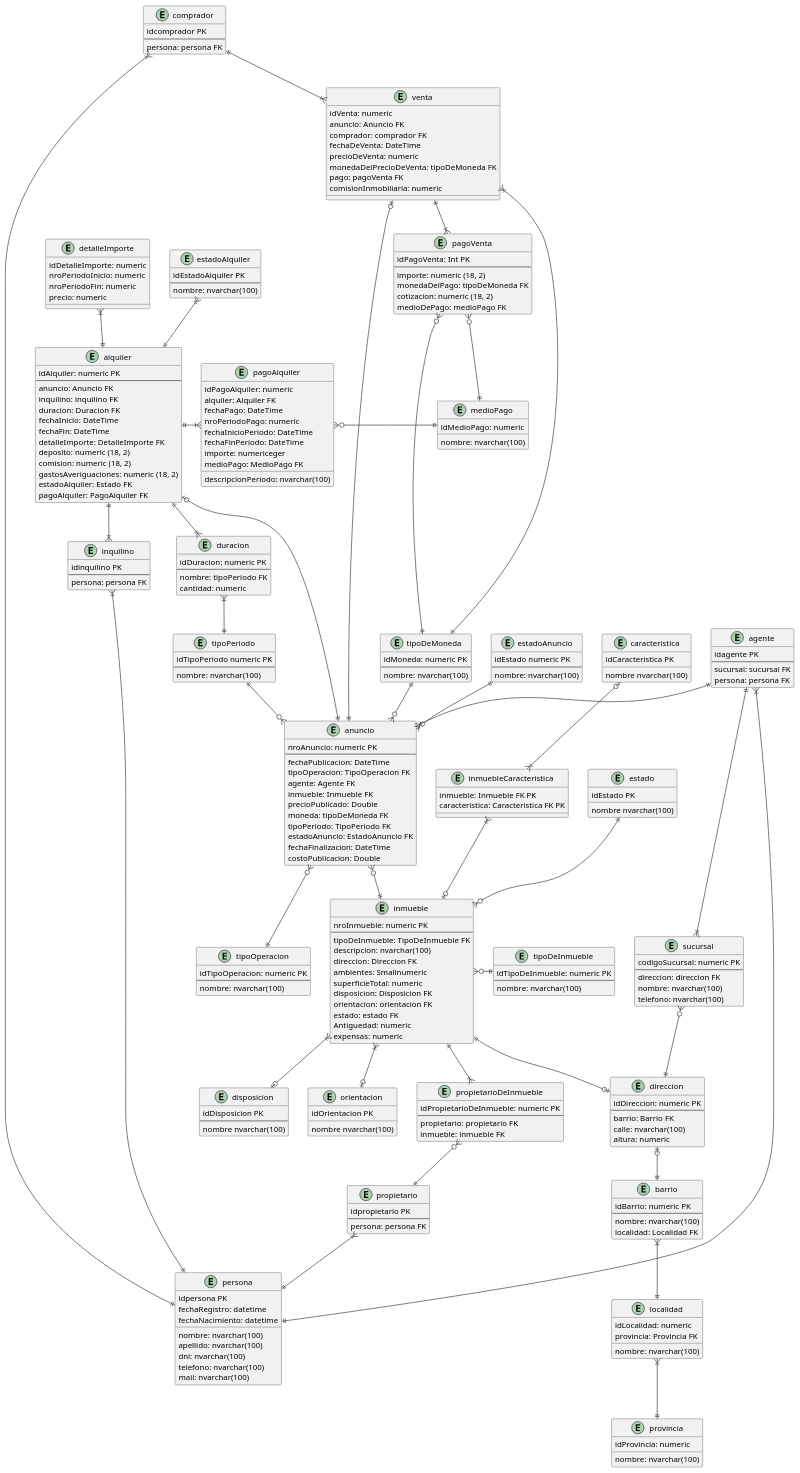
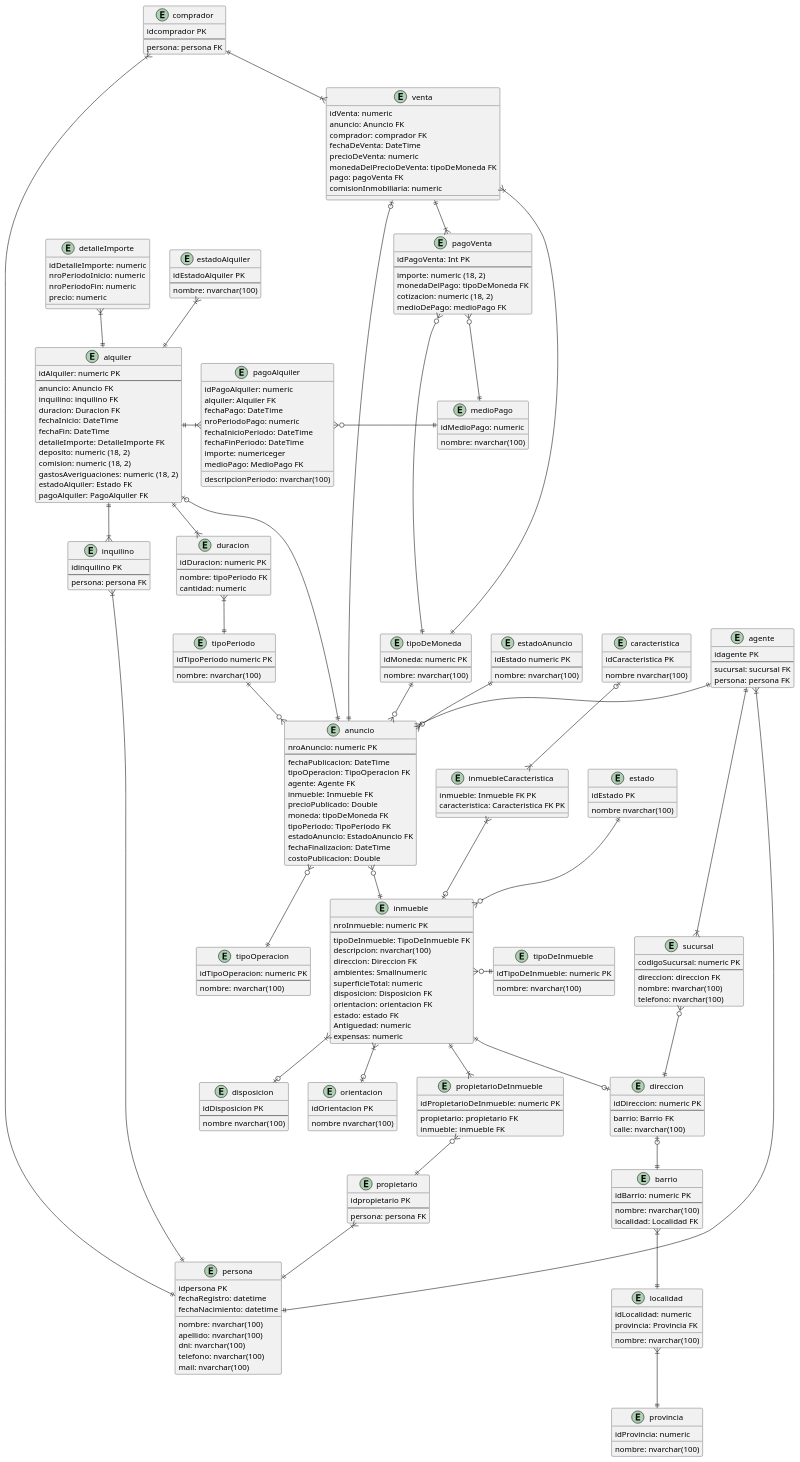
Before and after one commit to manutorrente/TP-GDD: the diagram in der.wsd, drawn with PlantUML. The commit also changed 3 other files, not shown here.

```diff
--- a/der.wsd
+++ b/der.wsd
@@ -131,7 +131,6 @@
     --
     barrio: Barrio FK
     calle: nvarchar(100)
-    altura: numeric
 }
 
 entity barrio {
```
